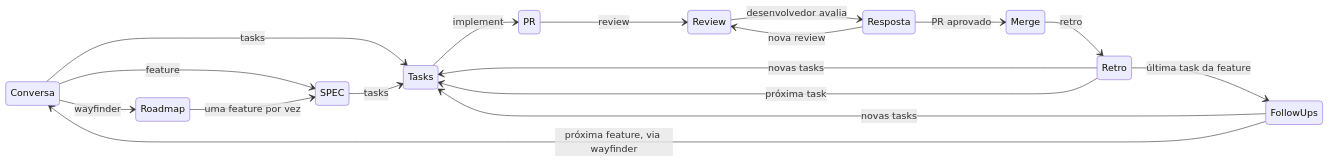
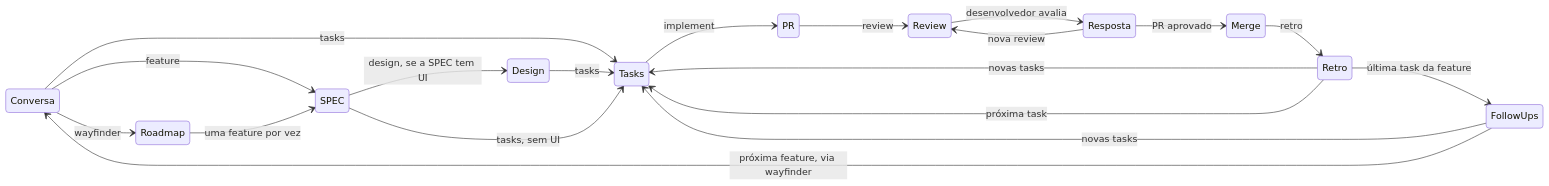
The diagram in WORKFLOW.md (GuiBayma/skills), drawn with Mermaid before and after one commit. The commit also changed other lines of this file and 21 other files, not shown here.

First line of the commit message:
Adiciona a skill design entre a spec e as tasks (#33)

````diff
--- a/WORKFLOW.md
+++ b/WORKFLOW.md
@@ -12,20 +12,22 @@
 ```mermaid
 stateDiagram-v2
     direction LR
     Conversa --> SPEC: feature
     Conversa --> Tasks: tasks
     Conversa --> Roadmap: wayfinder
     Roadmap --> SPEC: uma feature por vez
-    SPEC --> Tasks: tasks
+    SPEC --> Design: design, se a SPEC tem UI
+    Design --> Tasks: tasks
+    SPEC --> Tasks: tasks, sem UI
     Tasks --> PR: implement
     PR --> Review: review
     Review --> Resposta: desenvolvedor avalia
     Resposta --> Review: nova review
     Resposta --> Merge: PR aprovado
     Merge --> Retro: retro
     Retro --> Tasks: novas tasks
     Retro --> FollowUps: última task da feature
     Retro --> Tasks: próxima task
     FollowUps --> Tasks: novas tasks
     FollowUps --> Conversa: próxima feature, via wayfinder
 ```
````
